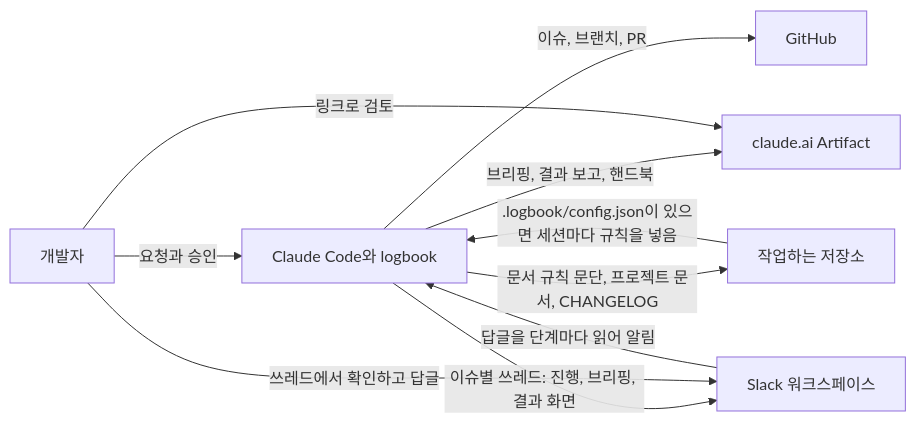
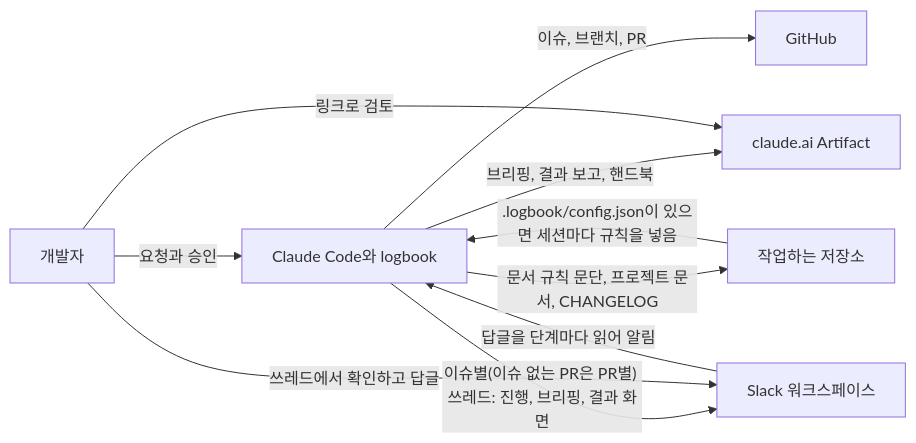
The diagram in docs/system/overview.md (dincal/agent_logbook), drawn with Mermaid before and after one commit. The commit also changed other lines of this file and 10 other files, not shown here.

````diff
--- a/docs/system/overview.md
+++ b/docs/system/overview.md
@@ -21,12 +21,12 @@
 ```mermaid
 flowchart LR
   U["개발자"] -->|"요청과 승인"| C["Claude Code와 logbook"]
   C -->|"이슈, 브랜치, PR"| G["GitHub"]
   C -->|"브리핑, 결과 보고, 핸드북"| A["claude.ai Artifact"]
-  C -->|"이슈별 쓰레드: 진행, 브리핑, 결과 화면"| SL["Slack 워크스페이스"]
+  C -->|"이슈별(이슈 없는 PR은 PR별) 쓰레드: 진행, 브리핑, 결과 화면"| SL["Slack 워크스페이스"]
   SL -->|"답글을 단계마다 읽어 알림"| C
   C -->|"문서 규칙 문단, 프로젝트 문서, CHANGELOG"| R["작업하는 저장소"]
   R -->|".logbook/config.json이 있으면 세션마다 규칙을 넣음"| C
   U -->|"링크로 검토"| A
   U -->|"쓰레드에서 확인하고 답글"| SL
 ```
````
